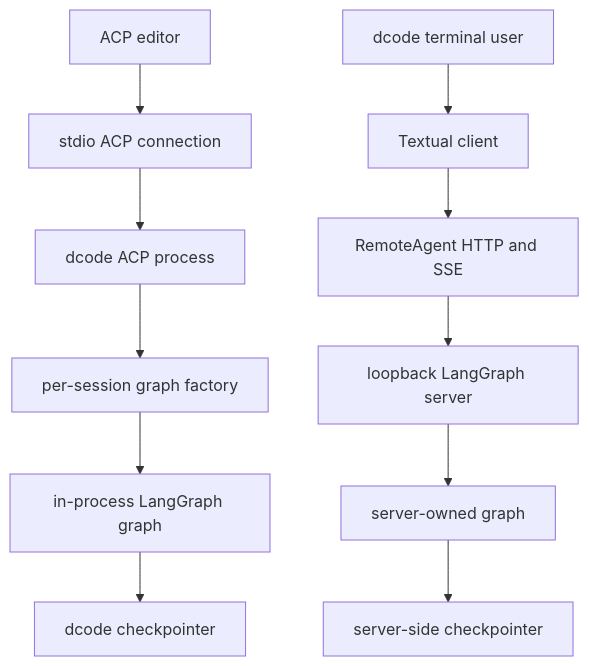
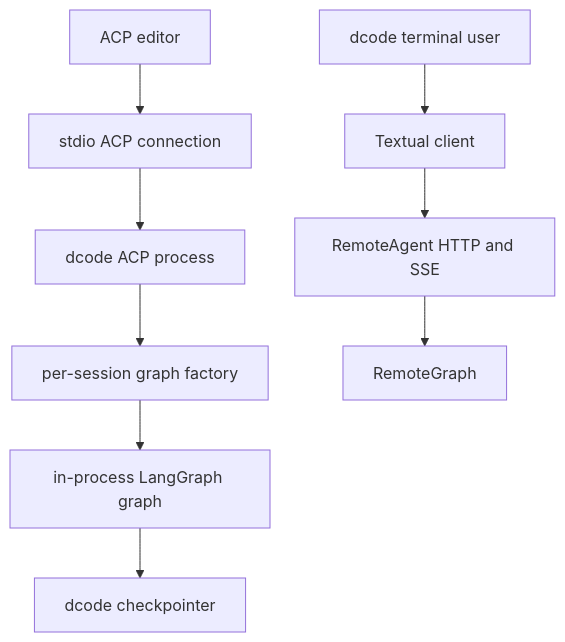
One commit to langchain-ai/deepagents changed the first of 2 diagrams in openwiki/integrations/acp.md. Above: the diagram before and after it, drawn with Mermaid. The commit also changed other lines of this file and 67 other files, not shown here.

````diff
--- a/openwiki/integrations/acp.md
+++ b/openwiki/integrations/acp.md
@@ -50,14 +58,12 @@
 ```mermaid
 flowchart TD
     Editor["ACP editor"] --> Stdio["stdio ACP connection"]
     Stdio --> Acp["dcode ACP process"]
     Acp --> Factory["per-session graph factory"]
     Factory --> LocalGraph["in-process LangGraph graph"]
     LocalGraph --> Saver["dcode checkpointer"]
 
     Terminal["dcode terminal user"] --> Tui["Textual client"]
     Tui --> Remote["RemoteAgent HTTP and SSE"]
-    Remote --> Loopback["loopback LangGraph server"]
-    Loopback --> ServerGraph["server-owned graph"]
-    ServerGraph --> ServerSaver["server-side checkpointer"]
+    Remote --> RemoteGraph["RemoteGraph"]
 ```
````
